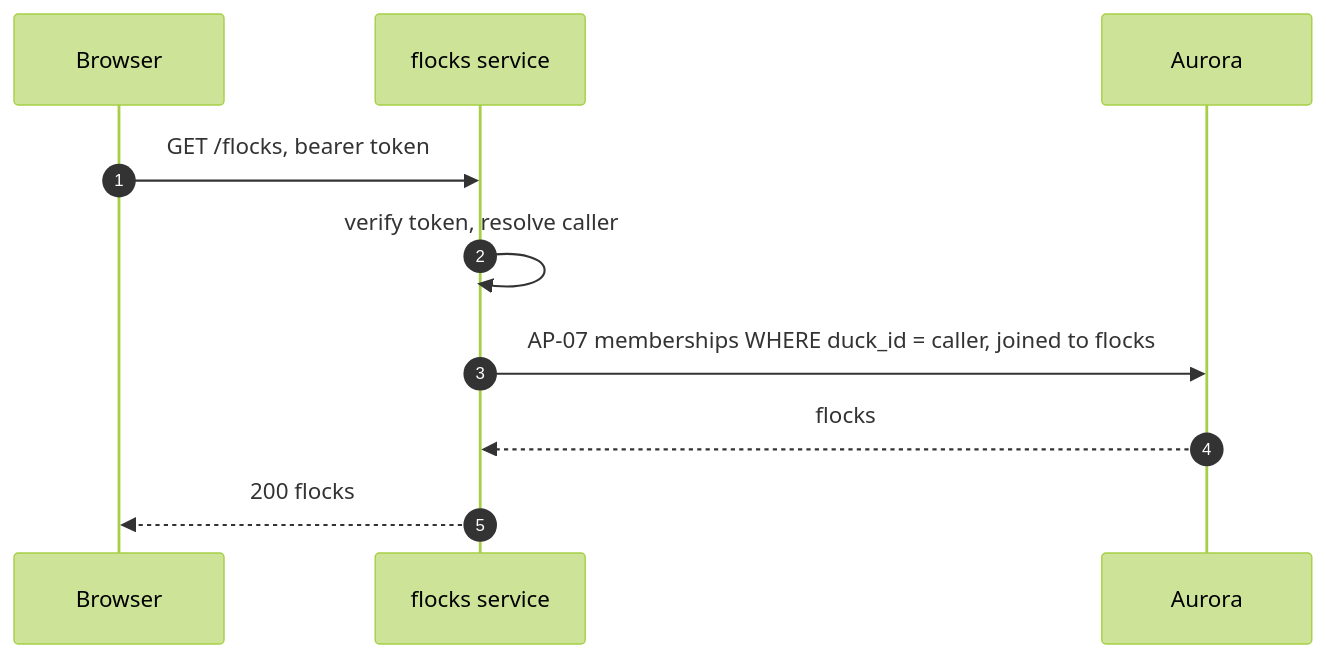
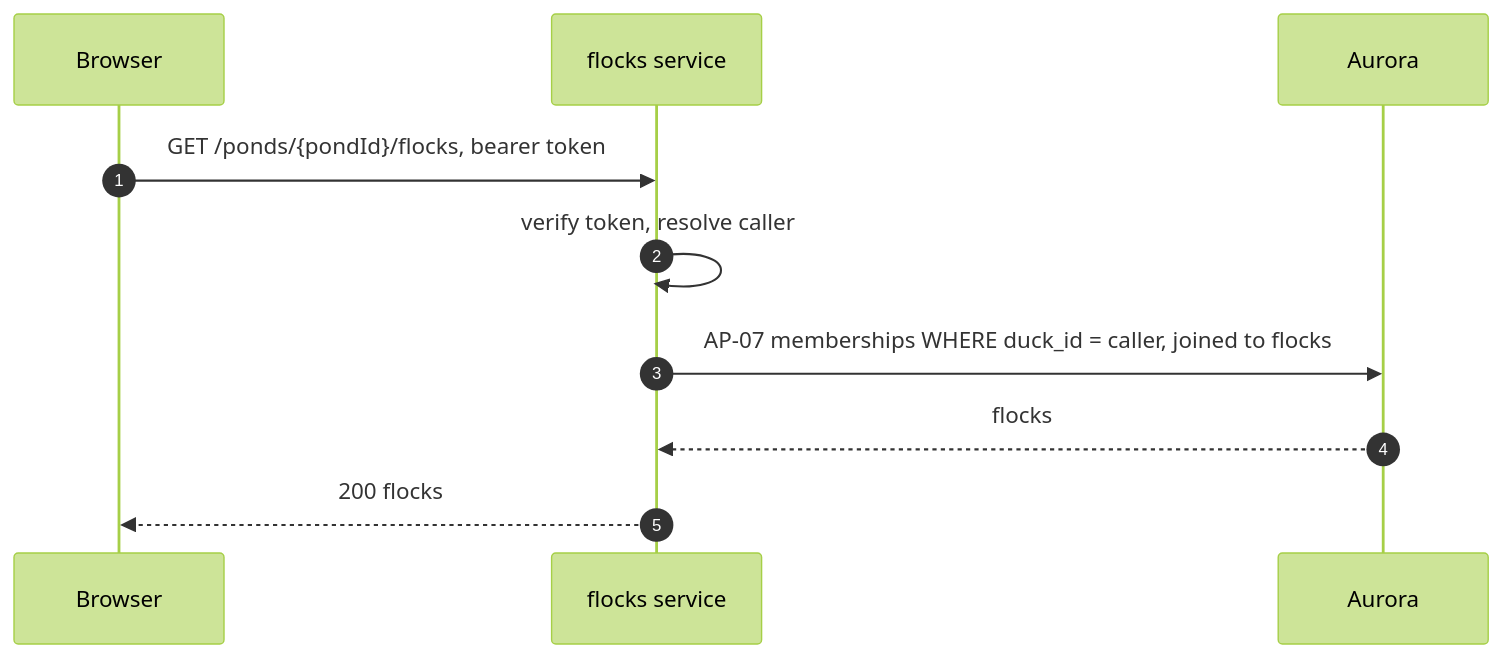
The diagram in docs/design/flows/wfl-03-list-flocks.md (fractionalJoe/quack), drawn with Mermaid before and after one commit. The commit also changed other lines of this file and 10 other files, not shown here.

````diff
--- a/docs/design/flows/wfl-03-list-flocks.md
+++ b/docs/design/flows/wfl-03-list-flocks.md
@@ -7,16 +7,16 @@
 ```mermaid
 ---
 config:
   theme: forest
 ---
 sequenceDiagram
     autonumber
     participant B as Browser
     participant F as flocks service
     participant DB as Aurora
-    B->>F: GET /flocks, bearer token
+    B->>F: GET /ponds/{pondId}/flocks, bearer token
     F->>F: verify token, resolve caller
     F->>DB: AP-07 memberships WHERE duck_id = caller, joined to flocks
     DB-->>F: flocks
     F-->>B: 200 flocks
 ```
````
